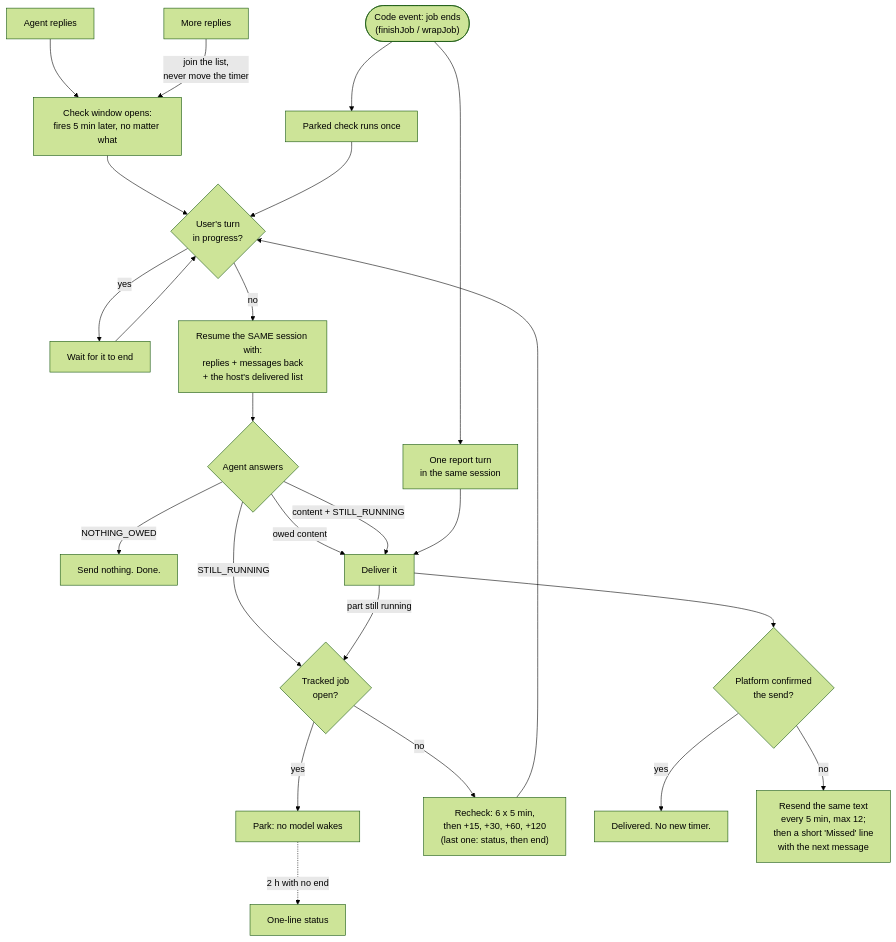
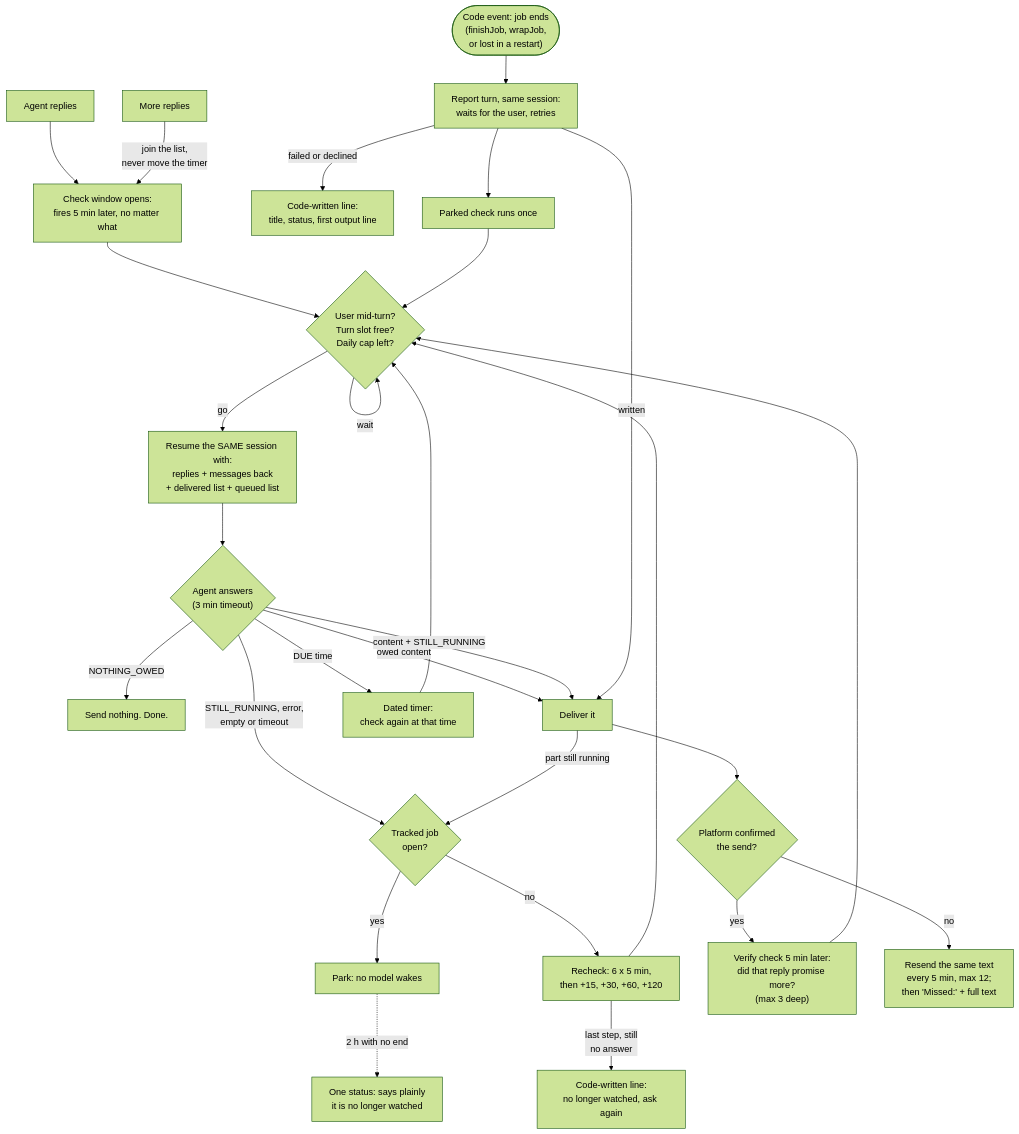
One commit to muziksociety/nothing-owed changed the diagram in README.md. Above: the diagram before and after it, drawn with Mermaid (forest theme). The commit also changed other lines of this file and 10 other files, not shown here.

````diff
--- a/README.md
+++ b/README.md
@@ -17,23 +17,26 @@
 ```mermaid
 flowchart TD
     R["Agent replies"] --> T["Check window opens:<br/>fires 5 min later, no matter what"]
     R2["More replies"] -->|join the list,<br/>never move the timer| T
-    T --> B{"User's turn<br/>in progress?"}
-    B -->|yes| W["Wait for it to end"] --> B
-    B -->|no| C["Resume the SAME session with:<br/>replies + messages back<br/>+ the host's delivered list"]
-    C --> O{"Agent answers"}
+    T --> B{"User mid-turn?<br/>Turn slot free?<br/>Daily cap left?"}
+    B -->|wait| B
+    B -->|go| C["Resume the SAME session with:<br/>replies + messages back<br/>+ delivered list + queued list"]
+    C --> O{"Agent answers<br/>(3 min timeout)"}
     O -->|NOTHING_OWED| S["Send nothing. Done."]
     O -->|owed content| D["Deliver it"]
     O -->|"content + STILL_RUNNING"| D
-    O -->|STILL_RUNNING| J{"Tracked job<br/>open?"}
+    O -->|"DUE time"| DT["Dated timer:<br/>check again at that time"] --> B
+    O -->|"STILL_RUNNING, error,<br/>empty or timeout"| J{"Tracked job<br/>open?"}
     D -->|part still running| J
     J -->|yes| P["Park: no model wakes"]
-    J -->|no| RC["Recheck: 6 x 5 min,<br/>then +15, +30, +60, +120<br/>(last one: status, then end)"] --> B
-    E(["Code event: job ends<br/>(finishJob / wrapJob)"]) --> RT["One report turn<br/>in the same session"]
-    RT --> D
-    E --> P2["Parked check runs once"] --> B
-    P -.->|"2 h with no end"| ST["One-line status"]
+    J -->|no| RC["Recheck: 6 x 5 min,<br/>then +15, +30, +60, +120"] --> B
+    RC -->|"last step, still<br/>no answer"| G["Code-written line:<br/>no longer watched, ask again"]
+    E(["Code event: job ends<br/>(finishJob, wrapJob,<br/>or lost in a restart)"]) --> RT["Report turn, same session:<br/>waits for the user, retries"]
+    RT -->|written| D
+    RT -->|"failed or declined"| FB["Code-written line:<br/>title, status, first output line"]
+    RT --> P2["Parked check runs once"] --> B
+    P -.->|"2 h with no end"| ST["One status: says plainly<br/>it is no longer watched"]
     D --> X{"Platform confirmed<br/>the send?"}
-    X -->|yes| OK["Delivered. No new timer."]
-    X -->|no| RS["Resend the same text<br/>every 5 min, max 12;<br/>then a short 'Missed' line<br/>with the next message"]
+    X -->|yes| V["Verify check 5 min later:<br/>did that reply promise more?<br/>(max 3 deep)"] --> B
+    X -->|no| RS["Resend the same text<br/>every 5 min, max 12;<br/>then 'Missed:' + full text"]
 ```
````
